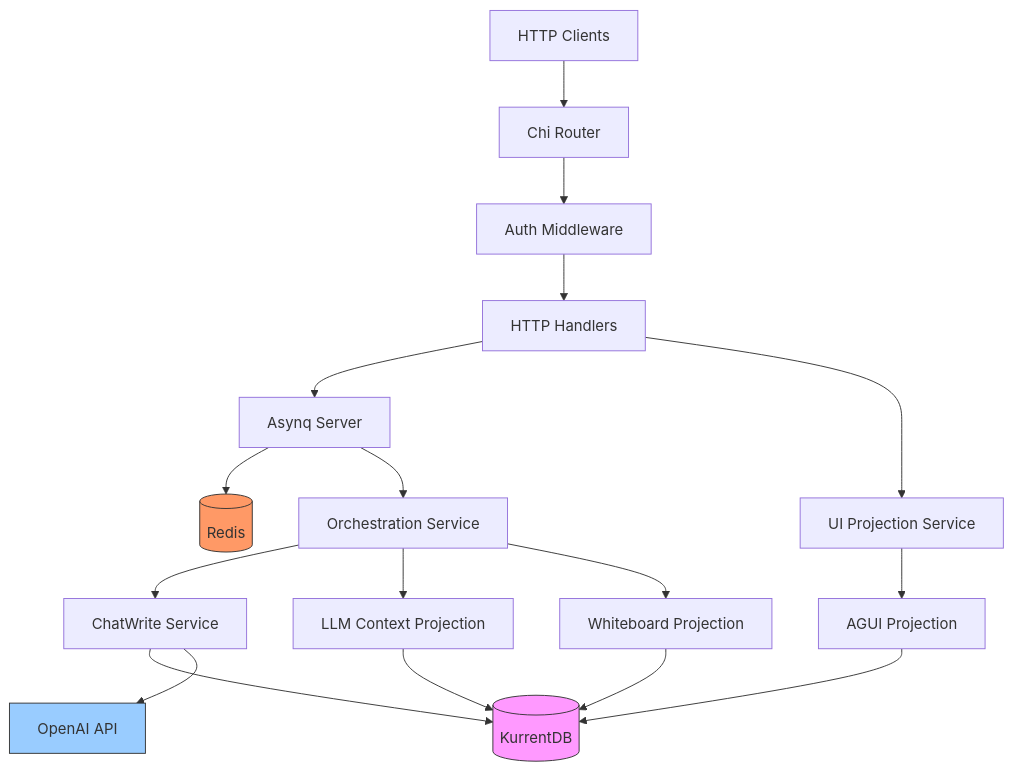
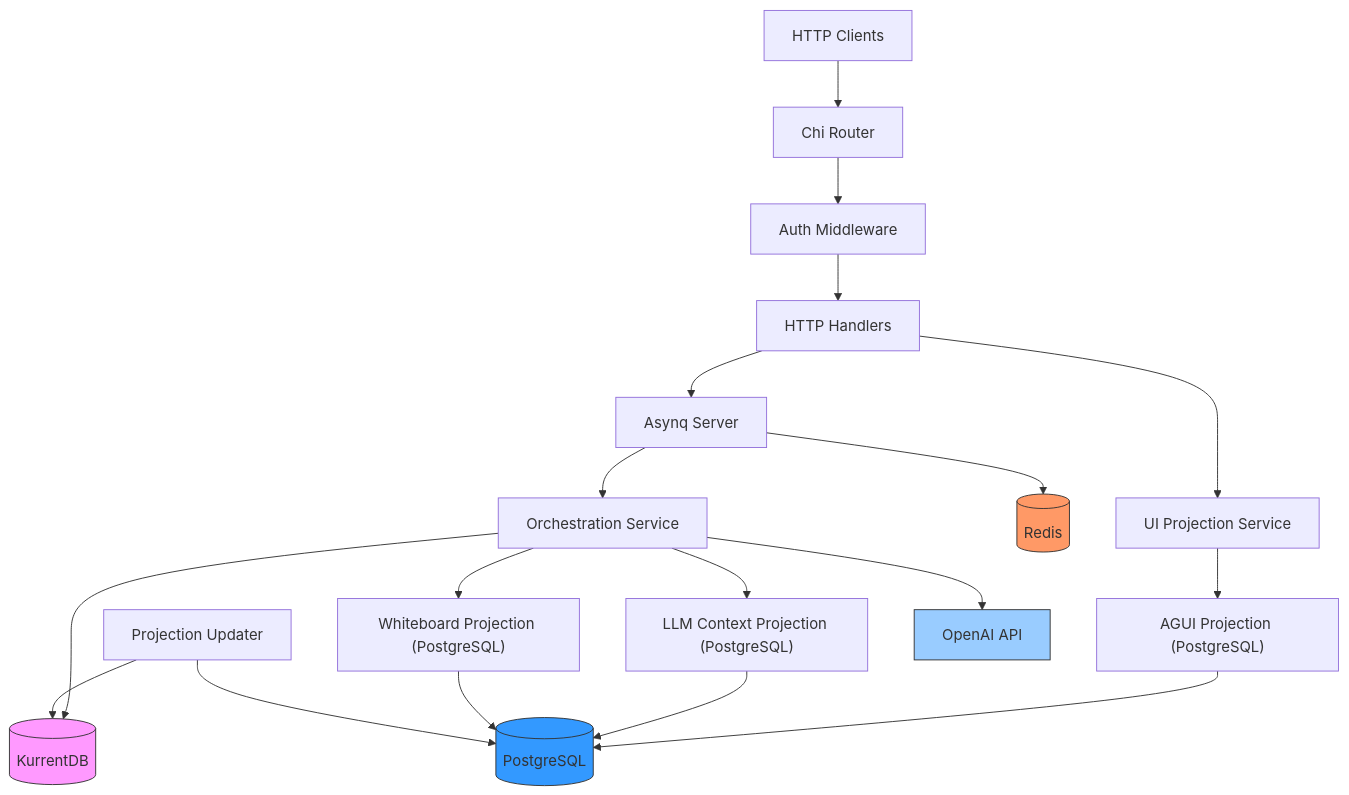
The diagram in scaling.md (MKAPersonalOrganization/AgenticWorkflowPlatform), drawn with Mermaid before and after one commit. The commit also changed other lines of this file and 12 other files, not shown here.

````diff
--- a/scaling.md
+++ b/scaling.md
@@ -9,28 +9,31 @@
 ```mermaid
 graph TB
     Client[HTTP Clients] --> Router[Chi Router]
     Router --> Auth[Auth Middleware]
     Auth --> Handlers[HTTP Handlers]
     Handlers --> Asynq[Asynq Server]
-    Handlers --> UIProjection[UI Projection Service]
+    Handlers --> ProjS["UI Projection Service"]
     
     Asynq --> Redis[(Redis)]
     Asynq --> Orchestration[Orchestration Service]
-    Orchestration --> ChatWrite[ChatWrite Service]
-    Orchestration --> ThreadStore[LLM Context Projection]
-    Orchestration --> WhiteboardProj[Whiteboard Projection]
     
-    ChatWrite --> EventStore[(KurrentDB)]
+    Orchestration --> KurrentDB[(KurrentDB)]
     
-    UIProjection --> AGUI[AGUI Projection]
+    ProjS --> AGUIProj["AGUI Projection (PostgreSQL)"]
+    Orchestration --> LLMProj["LLM Context Projection (PostgreSQL)"]
+    Orchestration --> WhiteProj["Whiteboard Projection (PostgreSQL)"]
     
-    AGUI --> EventStore
-    ThreadStore --> EventStore
-    WhiteboardProj --> EventStore
+    AGUIProj --> AppPostgres[(PostgreSQL)]
+    LLMProj --> AppPostgres
+    WhiteProj --> AppPostgres
     
-    ChatWrite --> LLM[OpenAI API]
+    ProjUpdater["Projection Updater"] --> KurrentDB
+    ProjUpdater --> AppPostgres
     
-    style EventStore fill:#f9f,stroke:#333
+    Orchestration --> LLM[OpenAI API]
+    
+    style KurrentDB fill:#f9f,stroke:#333
     style Redis fill:#f96,stroke:#333
     style LLM fill:#9cf,stroke:#333
+    style AppPostgres fill:#3399ff,stroke:#333
 ```
````
